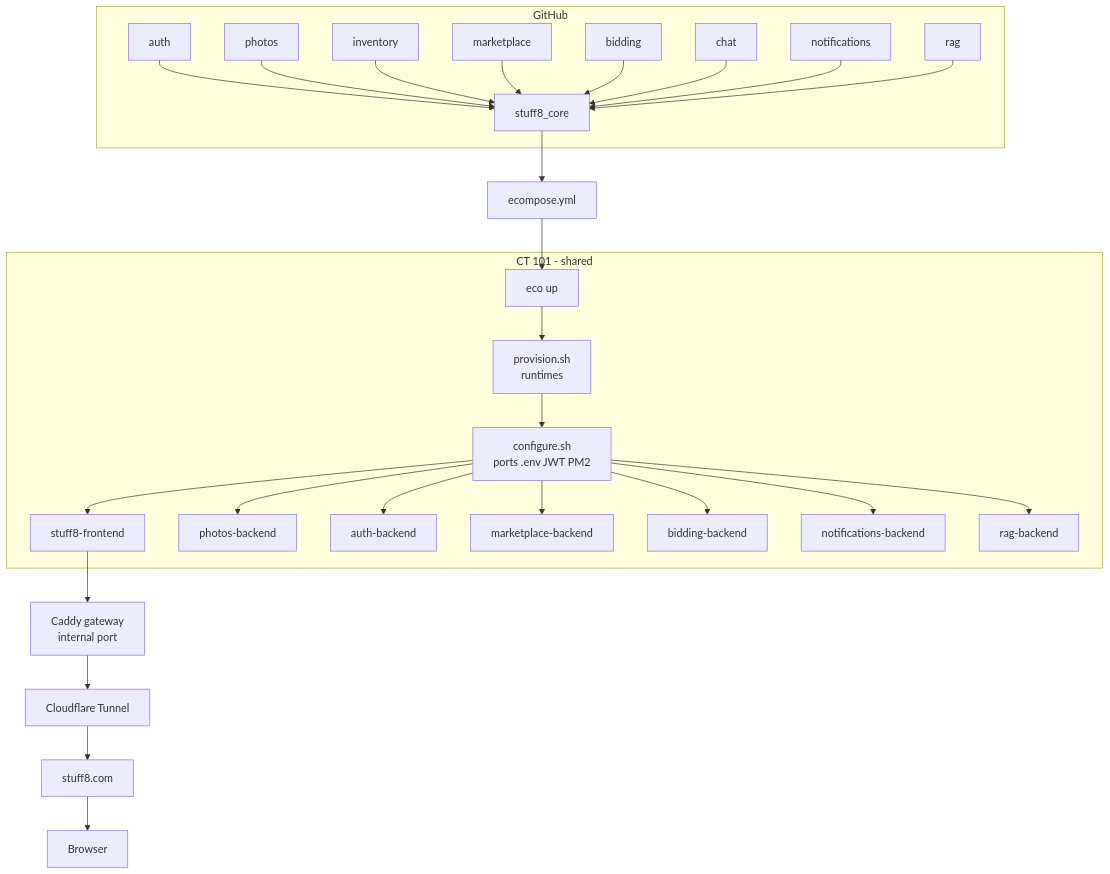
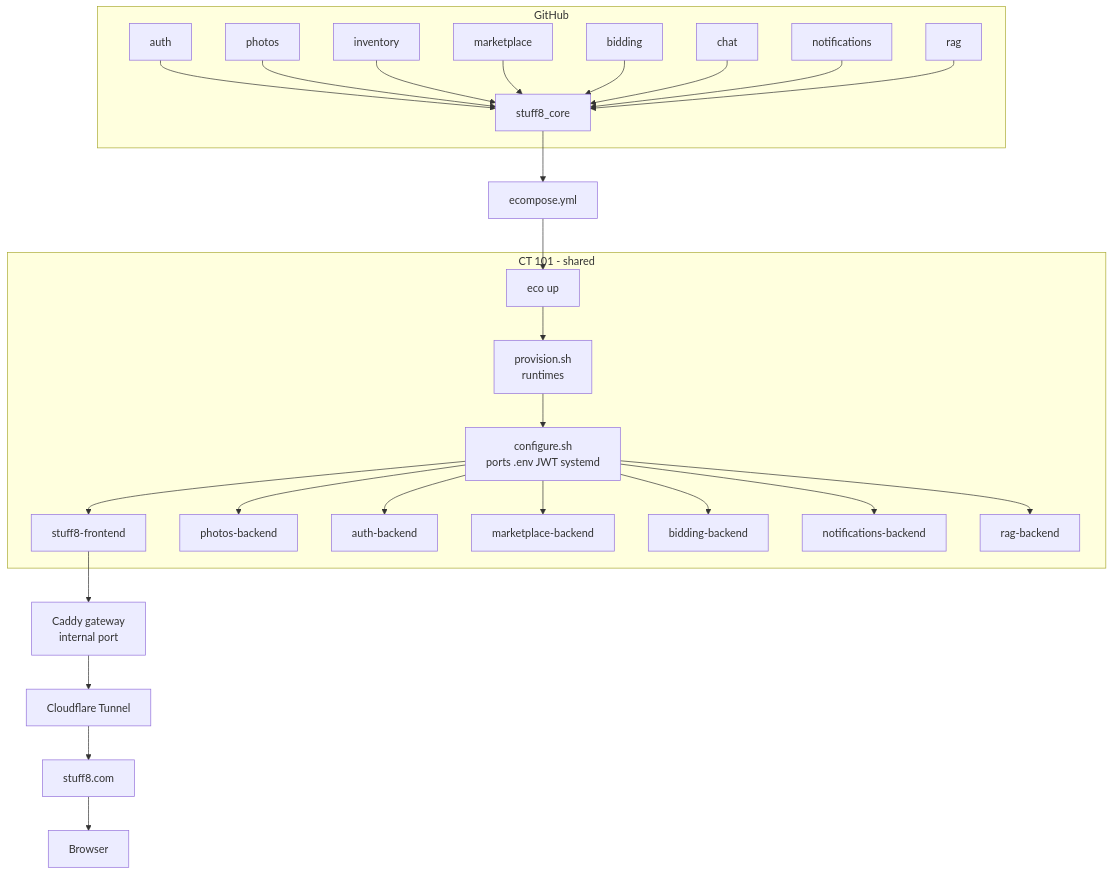
One commit to getecosphere/eco_docs changed the first of 2 diagrams in frontend/case-study/stuff8.md. Above: the diagram before and after it, drawn with Mermaid. The commit also changed other lines of this file and 31 other files, not shown here.

````diff
--- a/frontend/case-study/stuff8.md
+++ b/frontend/case-study/stuff8.md
@@ -37,34 +37,34 @@
 ```mermaid
 flowchart TD
     subgraph GitHub
         A[auth] --> G
         B[photos] --> G
         C[inventory] --> G
         D[marketplace] --> G
         E[bidding] --> G
         F[chat] --> G
         H[notifications] --> G
         I[rag] --> G
         G[stuff8_core]
     end
 
     G --> M[ecompose.yml]
     M --> U[eco up]
 
     subgraph CT101[CT 101 - shared]
         U --> P[provision.sh<br/>runtimes]
-        P --> W[configure.sh<br/>ports .env JWT PM2]
+        P --> W[configure.sh<br/>ports .env JWT systemd]
         W --> S1[stuff8-frontend]
         W --> S2[photos-backend]
         W --> S3[auth-backend]
         W --> S4[marketplace-backend]
         W --> S5[bidding-backend]
         W --> S6[notifications-backend]
         W --> S7[rag-backend]
     end
 
     S1 --> GATE[Caddy gateway<br/>internal port]
     GATE --> CF[Cloudflare Tunnel]
     CF --> DNS[stuff8.com]
     DNS --> USER[Browser]
 ```
````
